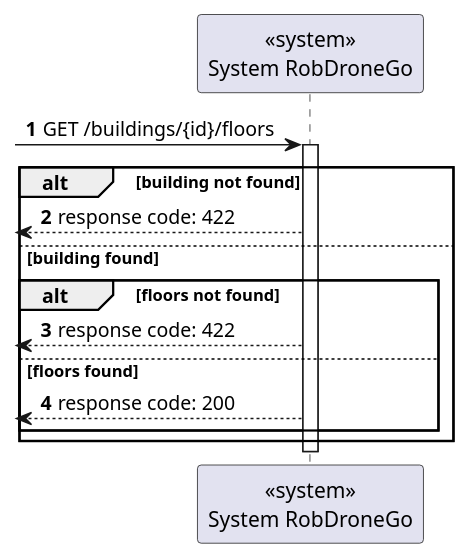
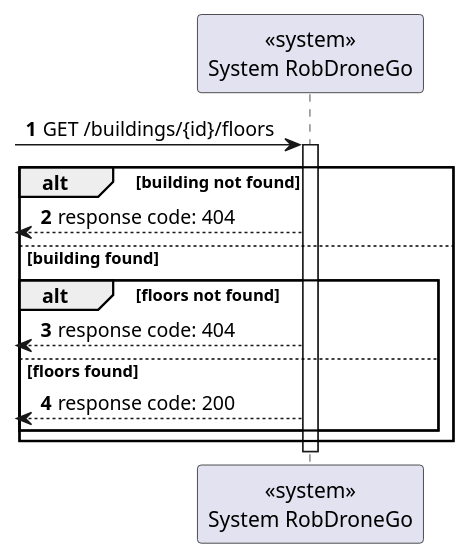
One commit to Departamento-de-Engenharia-Informatica/lapr5-23-24-g19 changed the diagram in docs/us210/level1/process-view.puml. Above: the diagram before and after it, drawn with PlantUML. The commit also changed 1 other file, not shown here.

Commit message:
docs(us210): fixed error code on level1 process view

```diff
--- a/docs/us210/level1/process-view.puml
+++ b/docs/us210/level1/process-view.puml
@@ -1,22 +1,22 @@
 @startuml
 autonumber
 
 
 participant "<<system>>\nSystem RobDroneGo" as sys
 
  [-> sys: GET /buildings/{id}/floors
 
 activate sys
 alt building not found
-    [<--sys : response code: 422
+    [<--sys : response code: 404
 else building found
     alt floors not found
-        [<--sys : response code: 422
+        [<--sys : response code: 404
     else floors found
         [<--sys : response code: 200
     end
 end
 deactivate sys
 
 
 @enduml
```
